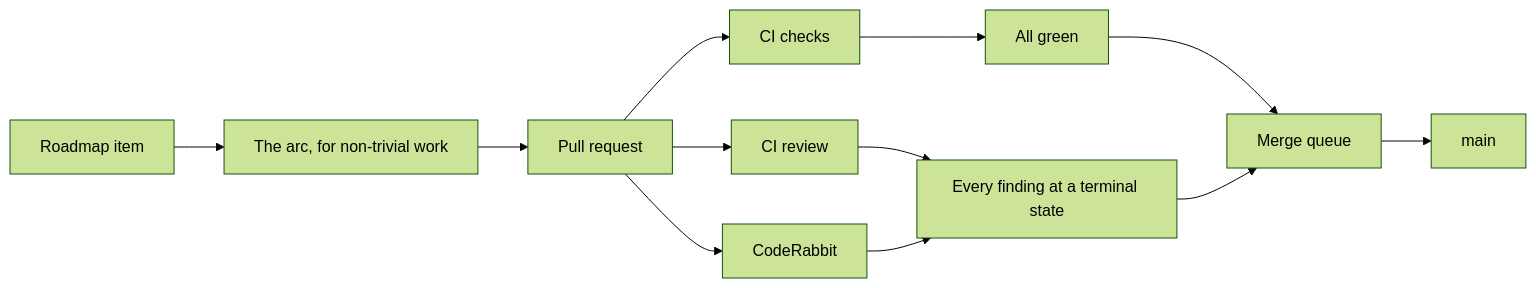
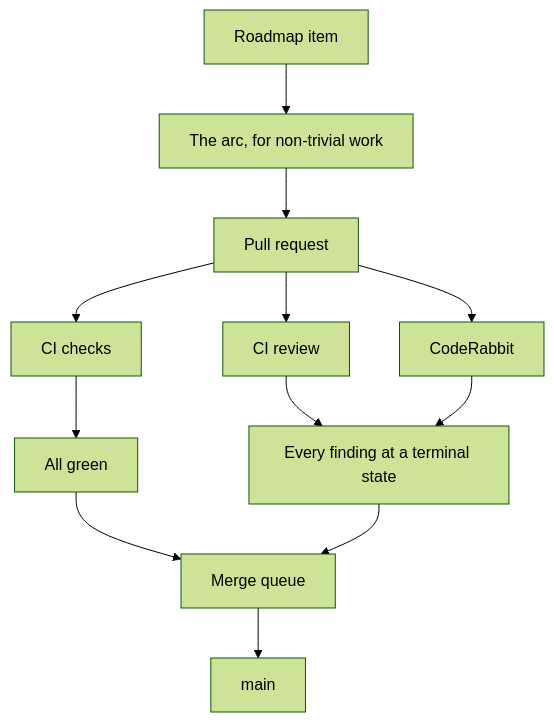
One commit to pixtuoid/pixtuoid changed the diagram in docs/HOW-WE-BUILD.md. Above: the diagram before and after it, drawn with Mermaid (forest theme).

Commit message:
docs: How we build's flow figure runs top to bottom
Laid out left to right it is about 1200px wide, wider than the site's
docs column, so it scrolled sideways even on a desktop; top to bottom
it fits the column and a phone, and GitHub renders it the same way.

Claude-Session: https://claude.ai/code/session_016RwXvvrCYCaVB3ZepeKVKL

````diff
--- a/docs/HOW-WE-BUILD.md
+++ b/docs/HOW-WE-BUILD.md
@@ -35,11 +35,11 @@
 ```mermaid
-flowchart LR
+flowchart TB
   accTitle: A change's path to main
   accDescr: A Roadmap item goes, through the arc when the work is non-trivial, to a pull request; its checks must pass and every review finding must reach a terminal state before the merge queue lands it on main.
   P[Roadmap item] --> A[The arc, for non-trivial work] --> PR[Pull request]
   PR --> C[CI checks] --> G[All green]
   PR --> R[CI review] --> T[Every finding at a terminal state]
   PR --> CR[CodeRabbit] --> T
   G --> Q[Merge queue]
   T --> Q --> M[main]
 ```
````
